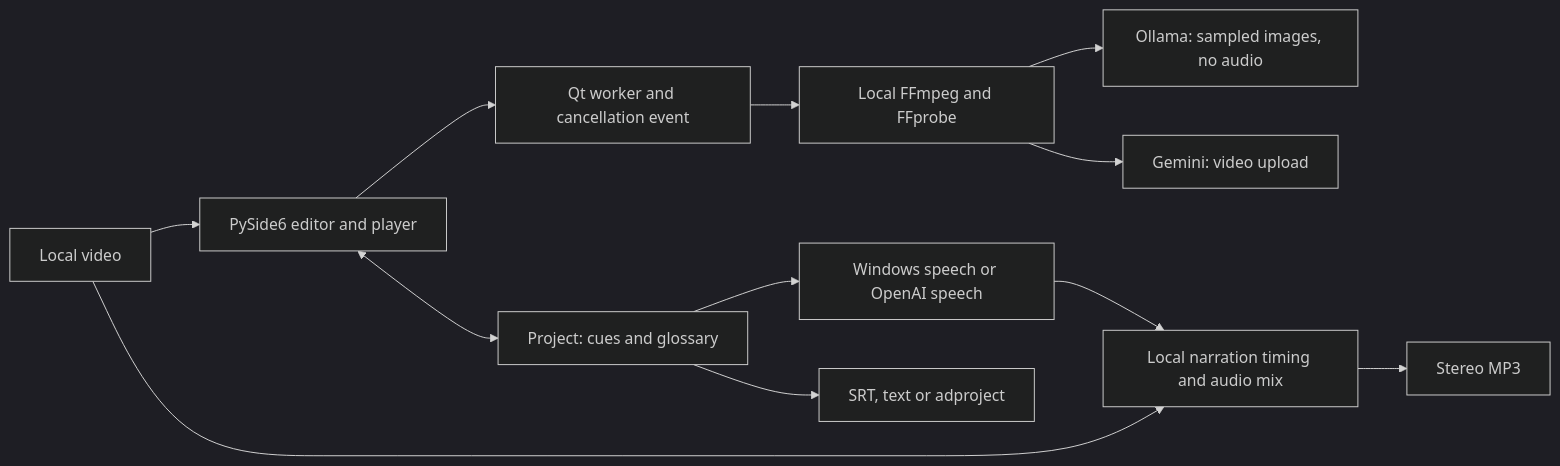
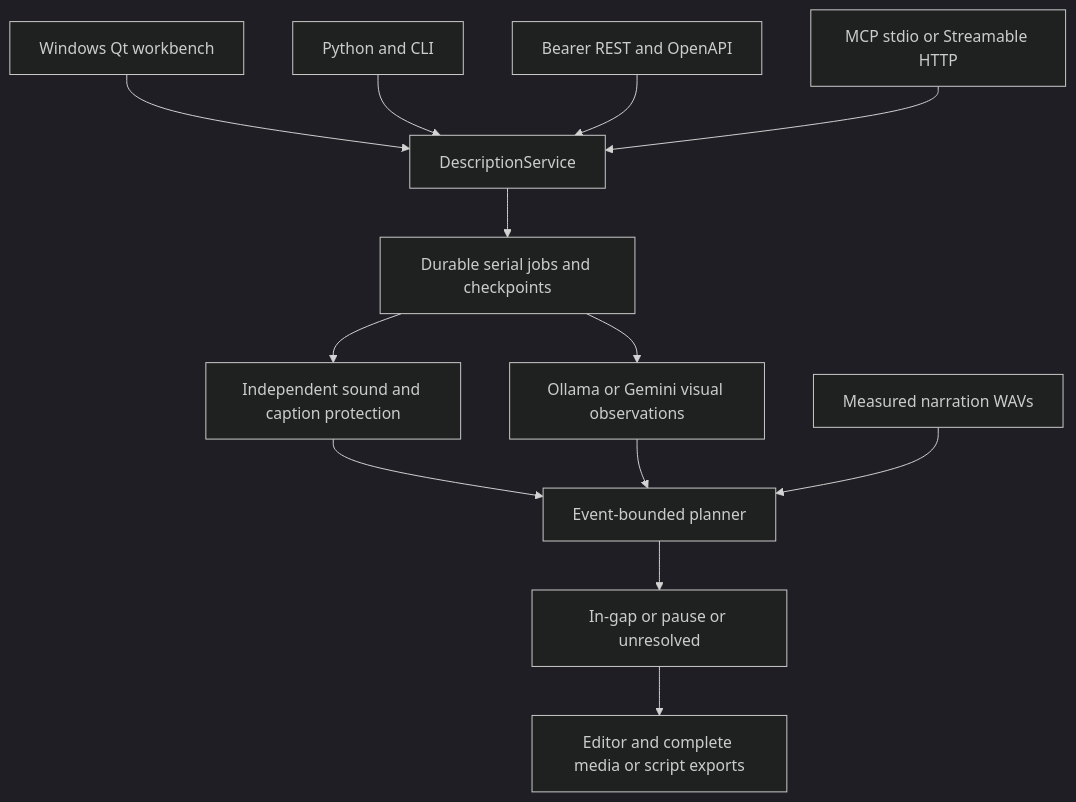
One commit to scottconverse/Describer-Workbench changed the diagram in docs/ARCHITECTURE.md. Above: the diagram before and after it, drawn with Mermaid (dark theme). The commit also changed other lines of this file and 54 other files, not shown here.

````diff
--- a/docs/ARCHITECTURE.md
+++ b/docs/ARCHITECTURE.md
@@ -13,14 +13,15 @@
 ```mermaid
-flowchart LR
-    V[Local video] --> UI[PySide6 editor and player]
-    UI <--> P[Project: cues and glossary]
-    UI --> W[Qt worker and cancellation event]
-    W --> F[Local FFmpeg and FFprobe]
-    F --> O[Ollama: sampled images, no audio]
-    F --> G[Gemini: video upload]
-    P --> S[Windows speech or OpenAI speech]
-    S --> M[Local narration timing and audio mix]
-    V --> M
-    M --> MP3[Stereo MP3]
-    P --> T[SRT, text or adproject]
+flowchart TD
+    UI[Windows Qt workbench] --> E[DescriptionService]
+    PY[Python and CLI] --> E
+    REST[Bearer REST and OpenAPI] --> E
+    MCP[MCP stdio or Streamable HTTP] --> E
+    E --> J[Durable serial jobs and checkpoints]
+    J --> S[Independent sound and caption protection]
+    J --> V[Ollama or Gemini visual observations]
+    S --> P[Event-bounded planner]
+    V --> P
+    T[Measured narration WAVs] --> P
+    P --> O[In-gap or pause or unresolved]
+    O --> X[Editor and complete media or script exports]
 ```
````
